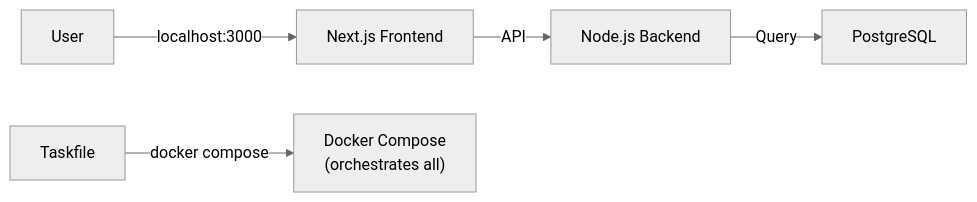
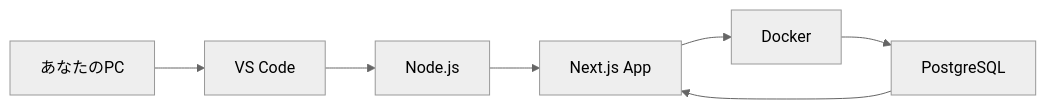
The first of 2 diagrams in material/30days-curriculum/day01_環境構築の第一歩.md (kouiso/task-app), drawn with Mermaid (neutral theme) before and after one commit. The commit also changed other lines of this file and 6 other files, not shown here.

````diff
--- a/material/30days-curriculum/day01_環境構築の第一歩.md
+++ b/material/30days-curriculum/day01_環境構築の第一歩.md
@@ -223,7 +124,9 @@
 ```mermaid
-graph LR
-  A[User] -->|localhost:3000| B[Next.js Frontend]
-  B -->|API| C[Node.js Backend]
-  C -->|Query| D[PostgreSQL]
-  E[Taskfile] -->|docker compose| F["Docker Compose<br/>(orchestrates all)"]
+flowchart LR
+    A[あなたのPC] --> B[VS Code]
+    B --> C[Node.js]
+    C --> D[Next.js App]
+    D --> E[Docker]
+    E --> F[PostgreSQL]
+    F --> D
 ```
````
